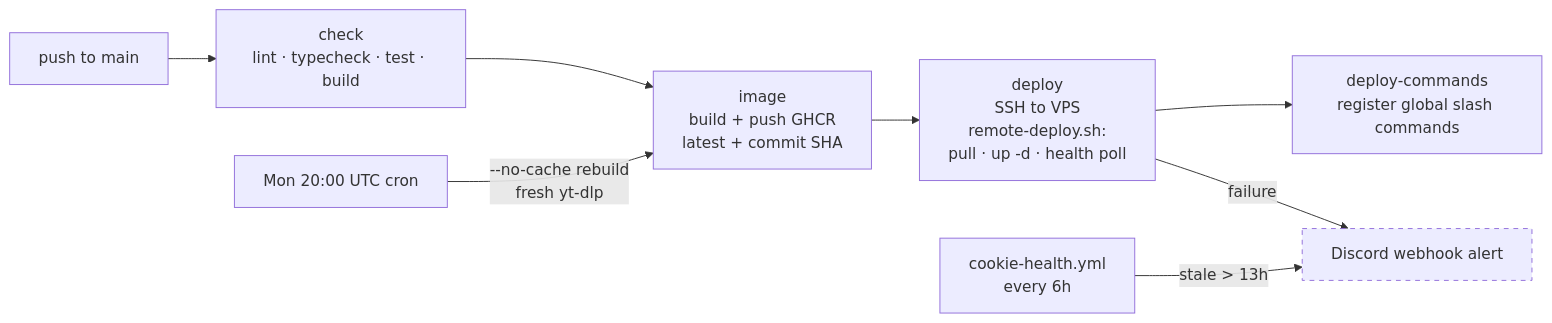
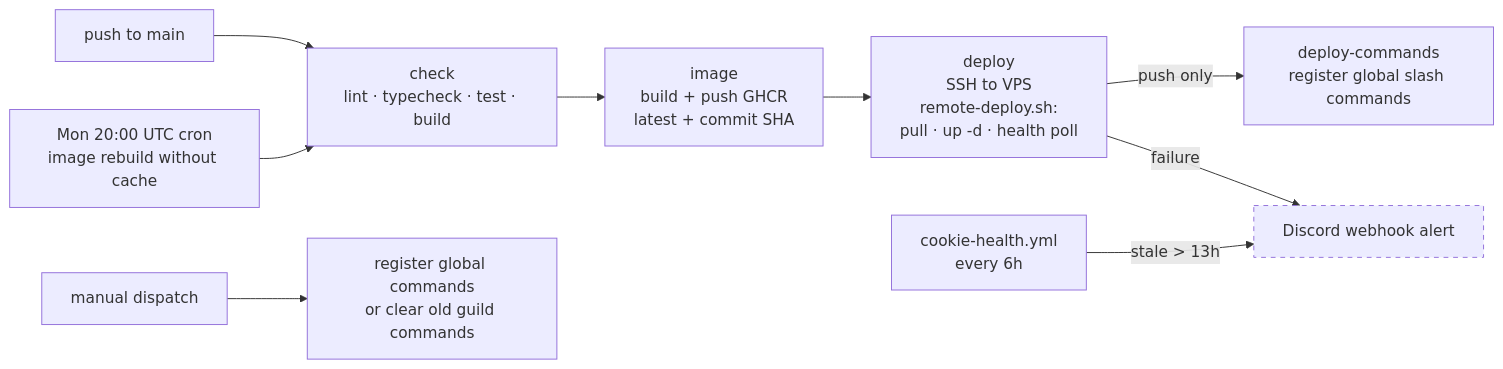
One commit to Bryan-Kuang/FM-Hachimi changed the third of 3 diagrams in docs/architecture.md. Above: the diagram before and after it, drawn with Mermaid. The commit also changed other lines of this file and 69 other files, not shown here.

````diff
--- a/docs/architecture.md
+++ b/docs/architecture.md
@@ -105,13 +120,14 @@
 ```mermaid
 flowchart LR
     push["push to main"] --> check["check<br/>lint · typecheck · test · build"]
     check --> image["image<br/>build + push GHCR<br/>latest + commit SHA"]
     image --> deploy["deploy<br/>SSH to VPS<br/>remote-deploy.sh:<br/>pull · up -d · health poll"]
-    deploy --> cmds["deploy-commands<br/>register global slash commands"]
+    deploy -->|push only| cmds["deploy-commands<br/>register global slash commands"]
 
-    cron["Mon 20:00 UTC cron"] -->|--no-cache rebuild<br/>fresh yt-dlp| image
+    cron["Mon 20:00 UTC cron<br/>image rebuild without cache"] --> check
+    manual["manual dispatch"] --> commandOnly["register global commands<br/>or clear old guild commands"]
     cookie["cookie-health.yml<br/>every 6h"] -->|stale > 13h| hook
     deploy -->|failure| hook["Discord webhook alert"]
 
     style hook stroke-dasharray: 5 5
 ```
````
